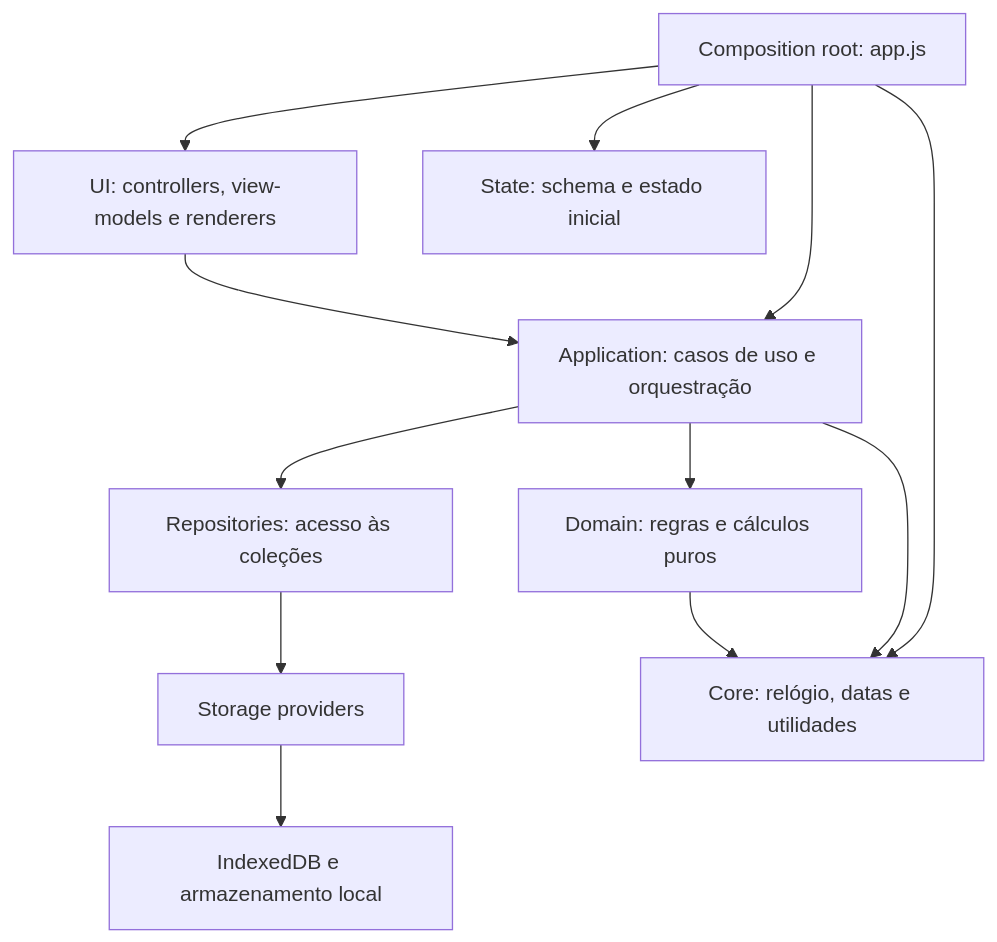
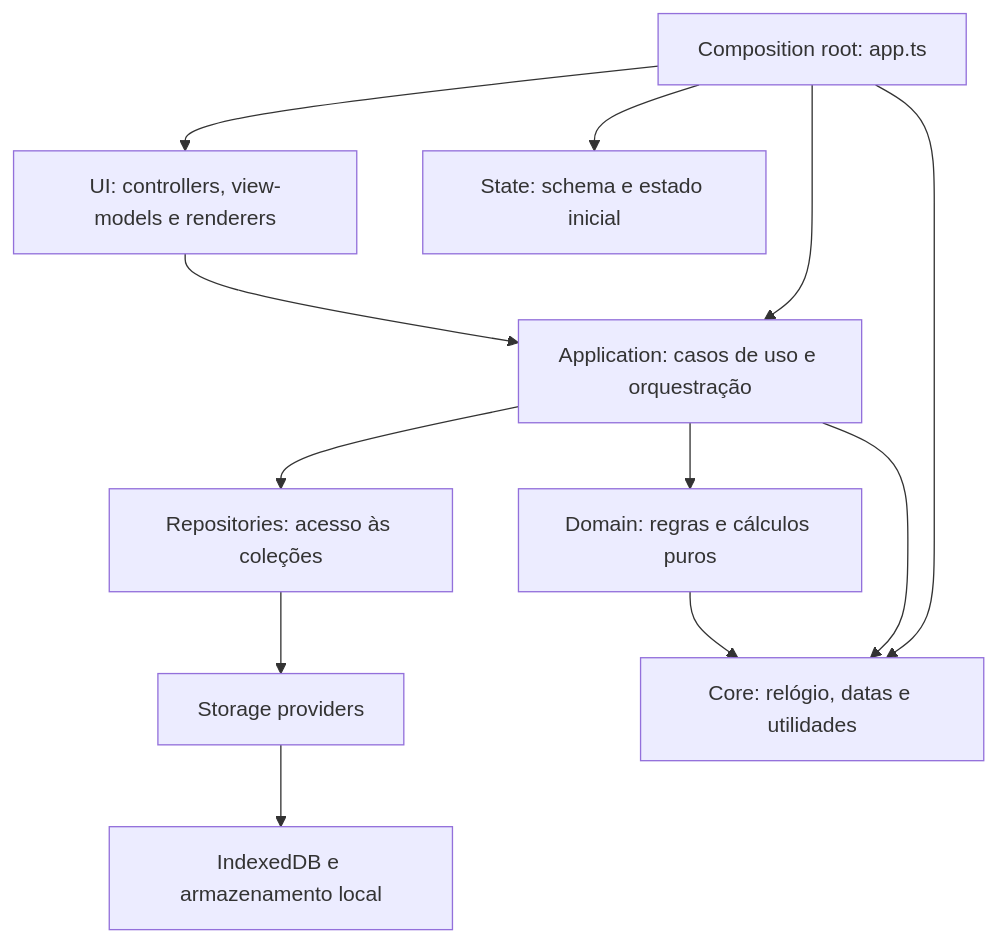
The first of 2 diagrams in ARCHITECTURE.md (vitoriapac/Extrato), drawn with Mermaid before and after one commit. The commit also changed other lines of this file and 703 other files, not shown here.

````diff
--- a/ARCHITECTURE.md
+++ b/ARCHITECTURE.md
@@ -11,14 +11,14 @@
 ```mermaid
 flowchart TD
-    ROOT["Composition root: app.js"] --> UI["UI: controllers, view-models e renderers"]
+    ROOT["Composition root: app.ts"] --> UI["UI: controllers, view-models e renderers"]
     ROOT --> APP["Application: casos de uso e orquestração"]
     ROOT --> STATE["State: schema e estado inicial"]
     UI --> APP
     APP --> DOMAIN["Domain: regras e cálculos puros"]
     APP --> REPO["Repositories: acesso às coleções"]
     REPO --> STORAGE["Storage providers"]
     STORAGE --> BROWSER["IndexedDB e armazenamento local"]
     ROOT --> CORE["Core: relógio, datas e utilidades"]
     APP --> CORE
     DOMAIN --> CORE
 ```
````
